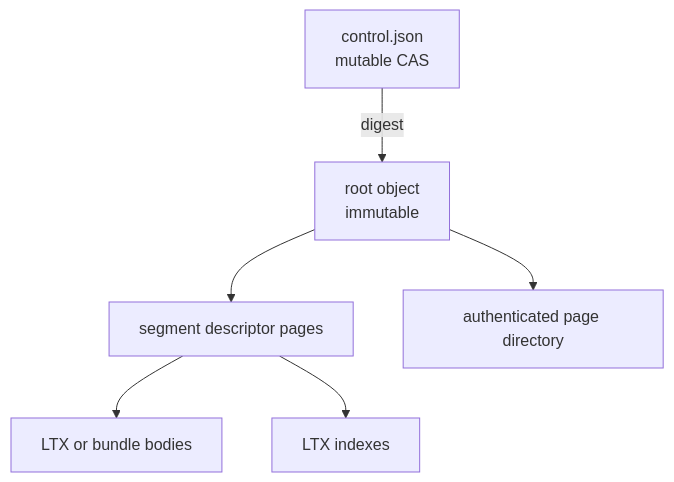
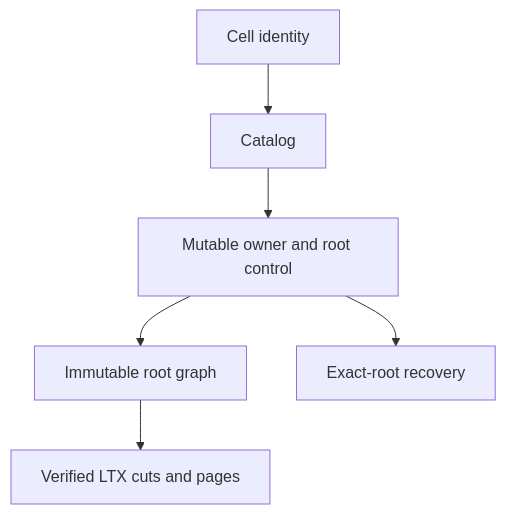
Before and after one commit to andypeng2015/cellule: the diagram in crates/cellule-runtime/docs/storage.md, drawn with Mermaid. The commit also changed other lines of this file and 181 other files, not shown here.

````diff
--- a/crates/cellule-runtime/docs/storage.md
+++ b/crates/cellule-runtime/docs/storage.md
@@ -100,15 +7,8 @@
 ```mermaid
 flowchart TD
-    Control[control.json<br/>mutable CAS]
-    Root[root object<br/>immutable]
-    SegPages[segment descriptor pages]
-    Bodies[LTX or bundle bodies]
-    Indexes[LTX indexes]
-    Directory[authenticated page directory]
-
-    Control -->|digest| Root
-    Root --> SegPages
-    SegPages --> Bodies
-    SegPages --> Indexes
-    Root --> Directory
+    Identity[Cell identity] --> Catalog[Catalog]
+    Catalog --> Control[Mutable owner and root control]
+    Control --> Root[Immutable root graph]
+    Root --> LTX[Verified LTX cuts and pages]
+    Control --> Recovery[Exact-root recovery]
 ```
````
